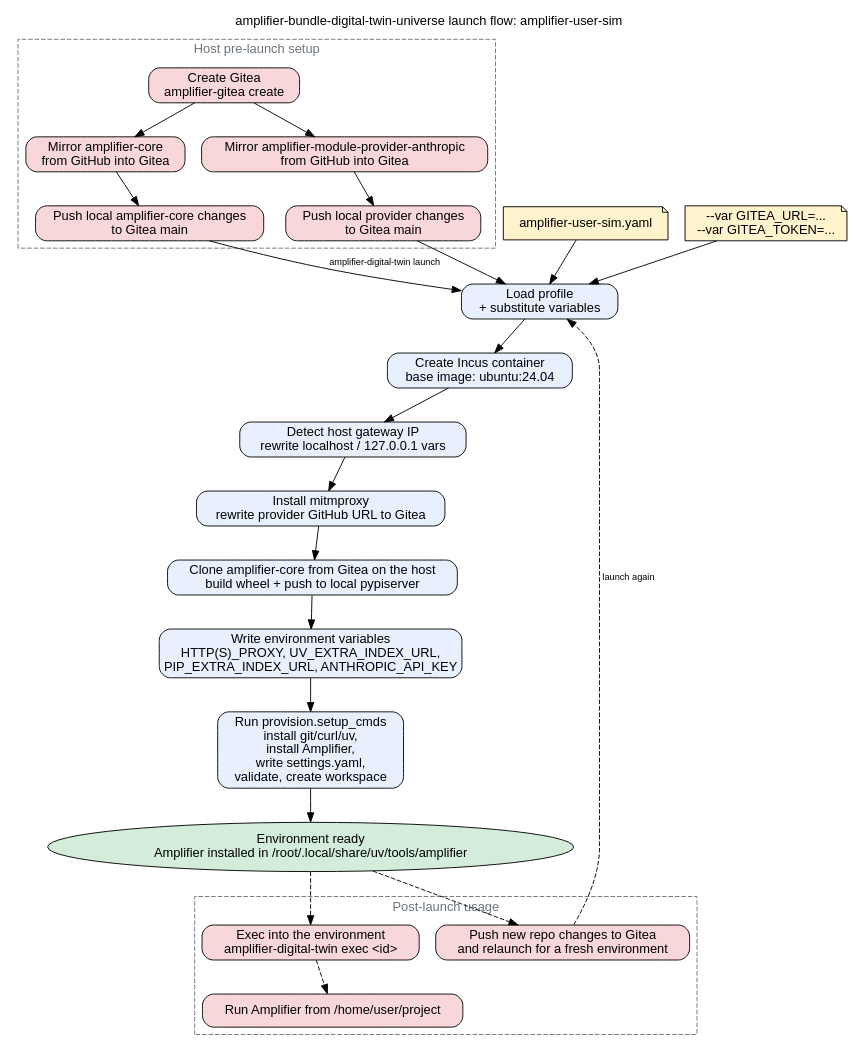
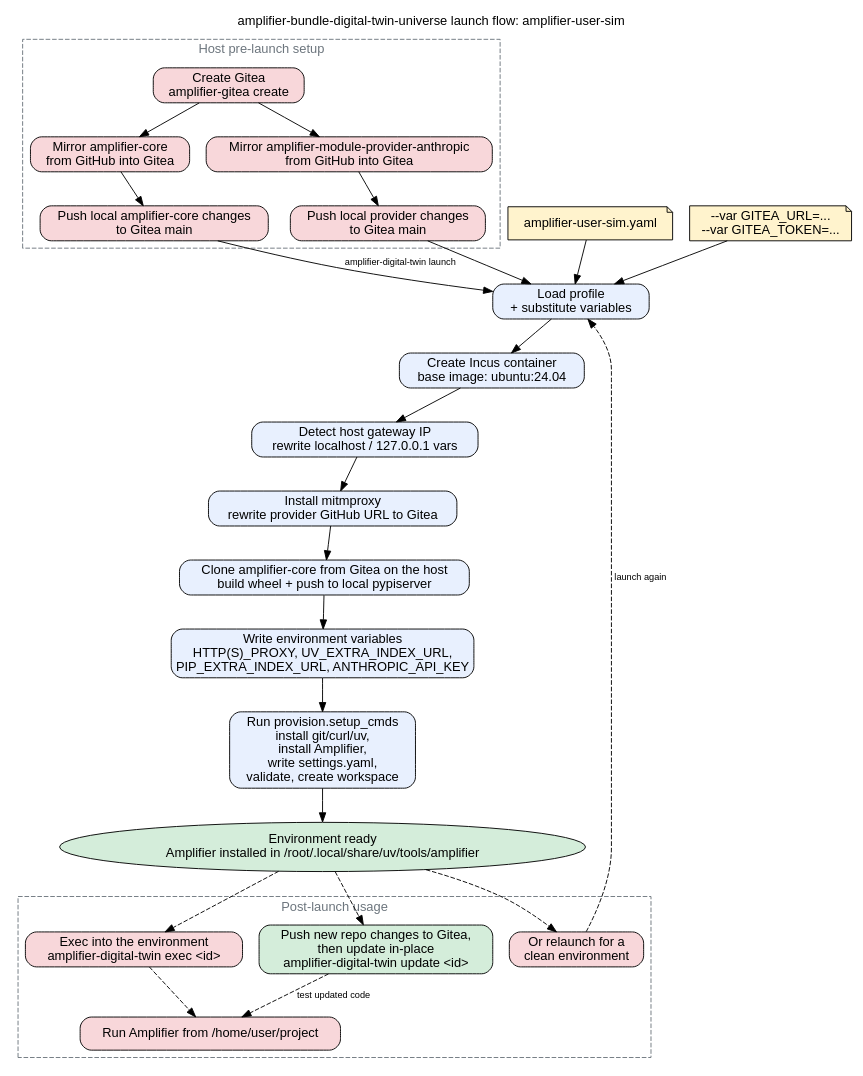
Before and after one commit to microsoft/amplifier-bundle-digital-twin-universe: the diagram in docs/amplifier-user-sim-launch-flow.dot, drawn with Graphviz. The commit also changed 16 other files, not shown here.

First line of the commit message:
feat: add `update` CLI command for in-place environment updates

```diff
--- a/docs/amplifier-user-sim-launch-flow.dot
+++ b/docs/amplifier-user-sim-launch-flow.dot
@@ -1,70 +1,73 @@
 digraph amplifier_user_sim_launch_flow {
     rankdir=TB
     label="amplifier-bundle-digital-twin-universe launch flow: amplifier-user-sim"
     labelloc=t
     fontname="Helvetica"
     fontsize=14
     node [shape=box, style="rounded,filled", fillcolor="#e8f0fe", fontname="Helvetica"]
     edge [fontname="Helvetica", fontsize=10]
 
     subgraph cluster_pre {
         label="Host pre-launch setup"
         style=dashed
         color="#6c757d"
         fontcolor="#6c757d"
         fontname="Helvetica"
 
         create_gitea [label="Create Gitea\namplifier-gitea create", fillcolor="#f8d7da"]
         mirror_core [label="Mirror amplifier-core\nfrom GitHub into Gitea", fillcolor="#f8d7da"]
         mirror_provider [label="Mirror amplifier-module-provider-anthropic\nfrom GitHub into Gitea", fillcolor="#f8d7da"]
         push_core [label="Push local amplifier-core changes\nto Gitea main", fillcolor="#f8d7da"]
         push_provider [label="Push local provider changes\nto Gitea main", fillcolor="#f8d7da"]
     }
 
     profile [label="amplifier-user-sim.yaml", shape=note, fillcolor="#fff3cd"]
     vars [label="--var GITEA_URL=...\n--var GITEA_TOKEN=...", shape=note, fillcolor="#fff3cd"]
 
     load_profile [label="Load profile\n+ substitute variables"]
     create_container [label="Create Incus container\nbase image: ubuntu:24.04"]
     detect_gateway [label="Detect host gateway IP\nrewrite localhost / 127.0.0.1 vars"]
     setup_proxy [label="Install mitmproxy\nrewrite provider GitHub URL to Gitea"]
     setup_pypi [label="Clone amplifier-core from Gitea on the host\nbuild wheel + push to local pypiserver"]
     write_env [label="Write environment variables\nHTTP(S)_PROXY, UV_EXTRA_INDEX_URL,\nPIP_EXTRA_INDEX_URL, ANTHROPIC_API_KEY"]
     run_setup [label="Run provision.setup_cmds\ninstall git/curl/uv,\ninstall Amplifier,\nwrite settings.yaml,\nvalidate, create workspace"]
     ready [label="Environment ready\nAmplifier installed in /root/.local/share/uv/tools/amplifier", shape=ellipse, fillcolor="#d4edda"]
 
     subgraph cluster_post {
         label="Post-launch usage"
         style=dashed
         color="#6c757d"
         fontcolor="#6c757d"
         fontname="Helvetica"
 
         exec_shell [label="Exec into the environment\namplifier-digital-twin exec <id>", fillcolor="#f8d7da"]
         run_amplifier [label="Run Amplifier from /home/user/project", fillcolor="#f8d7da"]
-        iterate [label="Push new repo changes to Gitea\nand relaunch for a fresh environment", fillcolor="#f8d7da"]
+        update_env [label="Push new repo changes to Gitea,\nthen update in-place\namplifier-digital-twin update <id>", fillcolor="#d4edda"]
+        iterate [label="Or relaunch for a\nclean environment", fillcolor="#f8d7da"]
     }
 
     create_gitea -> mirror_core
     create_gitea -> mirror_provider
     mirror_core -> push_core
     mirror_provider -> push_provider
 
     push_core -> load_profile [label="amplifier-digital-twin launch"]
     push_provider -> load_profile
     profile -> load_profile
     vars -> load_profile
 
     load_profile -> create_container
     create_container -> detect_gateway
     detect_gateway -> setup_proxy
     setup_proxy -> setup_pypi
     setup_pypi -> write_env
     write_env -> run_setup
     run_setup -> ready
 
     ready -> exec_shell [style=dashed]
     exec_shell -> run_amplifier [style=dashed]
+    ready -> update_env [style=dashed]
+    update_env -> run_amplifier [style=dashed, label="test updated code"]
     ready -> iterate [style=dashed]
     iterate -> load_profile [style=dashed, label="launch again"]
 }
```
